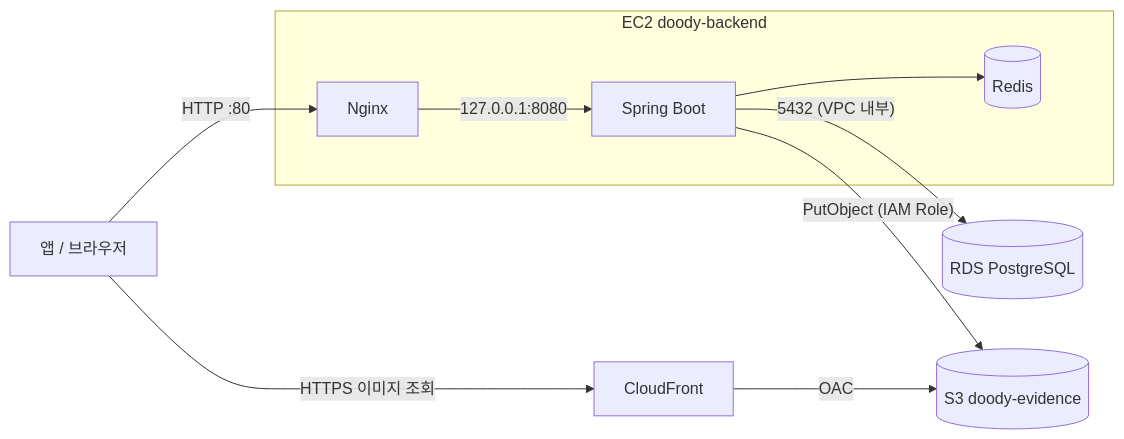
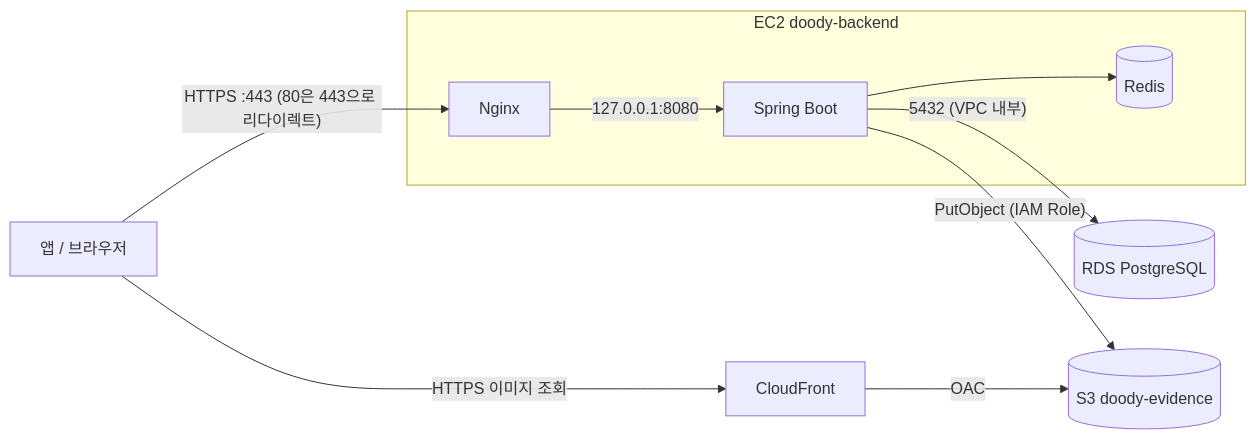
The first of 2 diagrams in DEPLOY_EC2_GITHUB_ACTIONS.md (HanaDoody/doody-backend), drawn with Mermaid before and after one commit. The commit also changed other lines of this file, not shown here.

First line of the commit message:
[docs] 배포 문서에 HTTPS 구성 반영

````diff
--- a/DEPLOY_EC2_GITHUB_ACTIONS.md
+++ b/DEPLOY_EC2_GITHUB_ACTIONS.md
@@ -23,12 +25,12 @@
 ```mermaid
 flowchart LR
-    Client[앱 / 브라우저] -- "HTTP :80" --> Nginx
+    Client[앱 / 브라우저] -- "HTTPS :443 (80은 443으로 리다이렉트)" --> Nginx
     subgraph EC2[EC2 doody-backend]
         Nginx -- "127.0.0.1:8080" --> Spring[Spring Boot]
         Spring --> Redis[(Redis)]
     end
     Spring -- "5432 (VPC 내부)" --> RDS[(RDS PostgreSQL)]
     Spring -- "PutObject (IAM Role)" --> S3[(S3 doody-evidence)]
     Client -- "HTTPS 이미지 조회" --> CF[CloudFront]
     CF -- "OAC" --> S3
 ```
````
